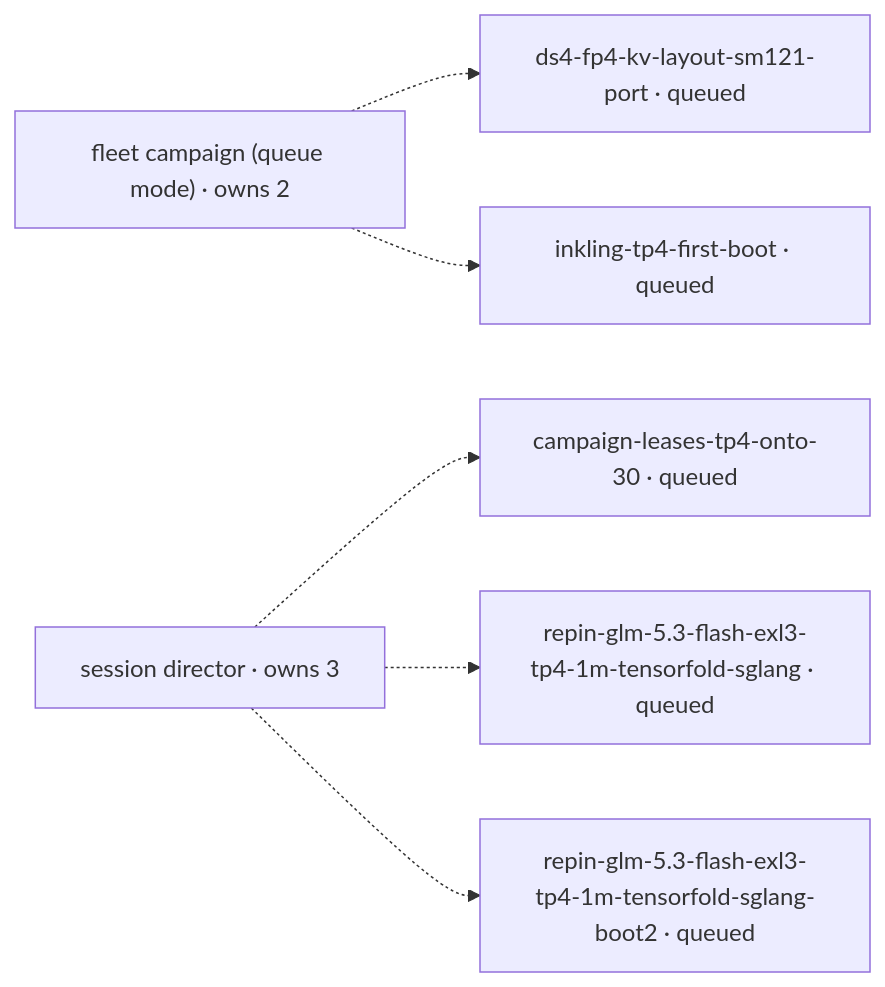
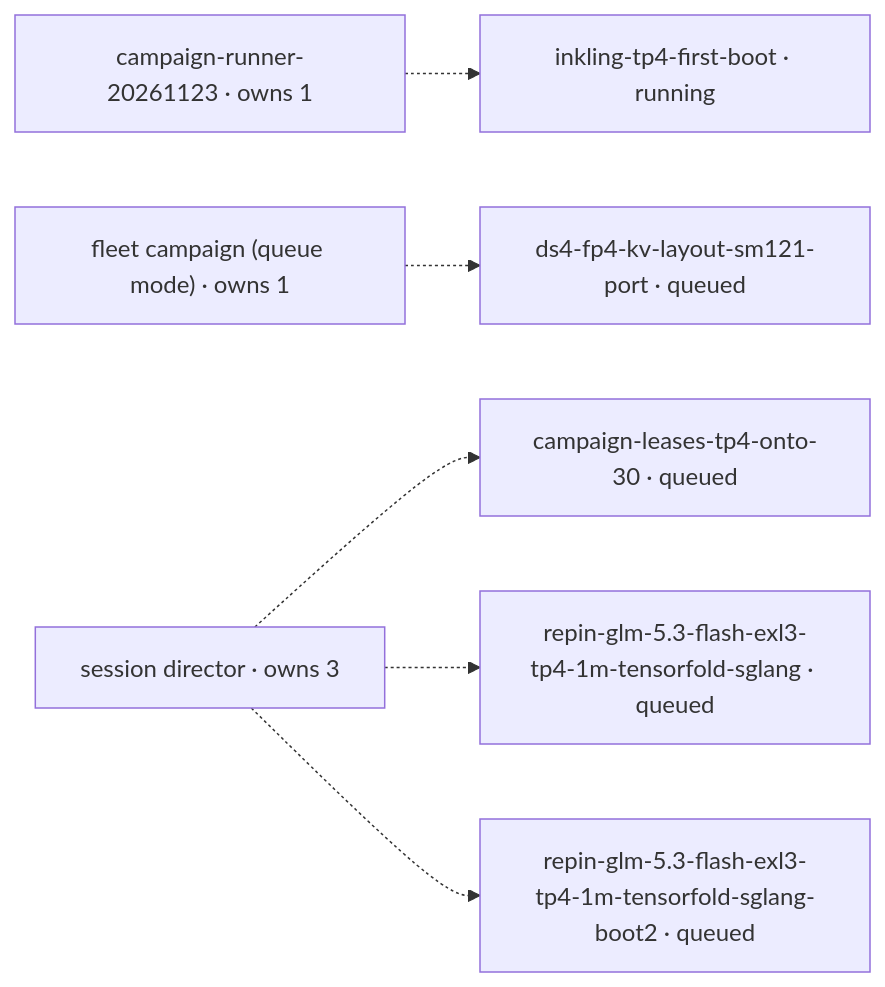
The diagram in mad-science/STATUS.md (littlecedar/sparkrun-recipe-registry), drawn with Mermaid before and after one commit. The commit also changed other lines of this file, not shown here.

````diff
--- a/mad-science/STATUS.md
+++ b/mad-science/STATUS.md
@@ -22,17 +22,18 @@
 ```mermaid
 flowchart LR
-  %% 0 blocked, 0 blocker edge(s), 5 drained by fleet campaign (queue mode) (2), session director (3)
-  r1["fleet campaign (queue mode) · owns 2"]
-  r2["session director · owns 3"]
+  %% 0 blocked, 0 blocker edge(s), 5 drained by campaign-runner-20261123 (1), fleet campaign (queue mode) (1), session director (3)
+  r1["campaign-runner-20261123 · owns 1"]
+  r2["fleet campaign (queue mode) · owns 1"]
+  r3["session director · owns 3"]
   t1["campaign-leases-tp4-onto-30 · queued"]
   t2["ds4-fp4-kv-layout-sm121-port · queued"]
-  t3["inkling-tp4-first-boot · queued"]
+  t3["inkling-tp4-first-boot · running"]
   t4["repin-glm-5.3-flash-exl3-tp4-1m-tensorfold-sglang · queued"]
   t5["repin-glm-5.3-flash-exl3-tp4-1m-tensorfold-sglang-boot2 · queued"]
-  r1 -.-> t2
   r1 -.-> t3
-  r2 -.-> t1
-  r2 -.-> t4
-  r2 -.-> t5
+  r2 -.-> t2
+  r3 -.-> t1
+  r3 -.-> t4
+  r3 -.-> t5
   classDef no-recorded-edge stroke-dasharray: 4 3
 ```
````
